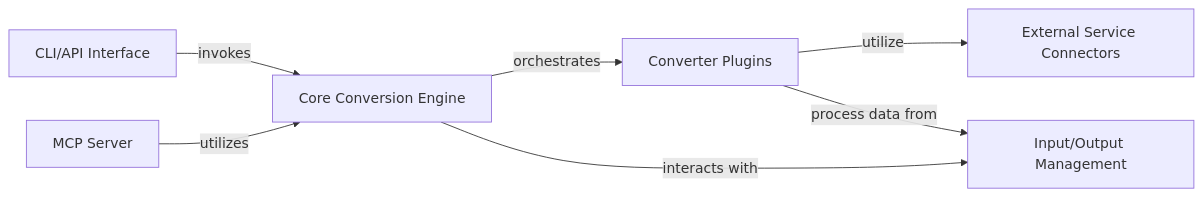
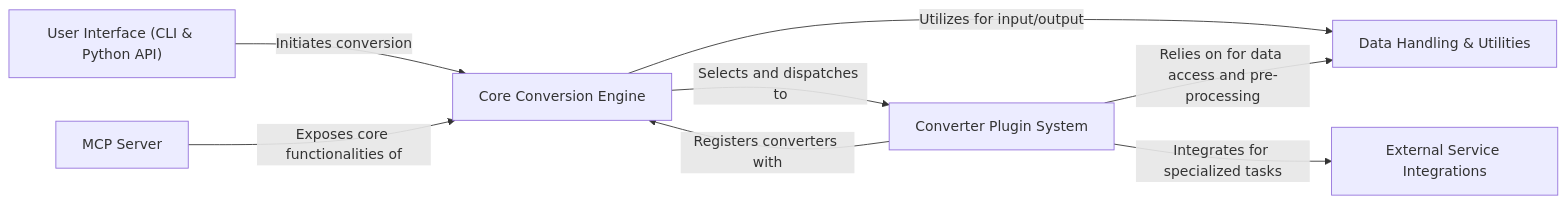
One commit to CodeBoarding/GeneratedOnBoardings changed the diagram in markitdown/on_boarding.md. Above: the diagram before and after it, drawn with Mermaid. The commit also changed other lines of this file, not shown here.

````diff
--- a/markitdown/on_boarding.md
+++ b/markitdown/on_boarding.md
@@ -1,15 +1,16 @@
 ```mermaid
 graph LR
-    CLI_API_Interface["CLI/API Interface"]
+    User_Interface_CLI_Python_API_["User Interface (CLI & Python API)"]
     Core_Conversion_Engine["Core Conversion Engine"]
-    Converter_Plugins["Converter Plugins"]
-    Input_Output_Management["Input/Output Management"]
-    External_Service_Connectors["External Service Connectors"]
+    Converter_Plugin_System["Converter Plugin System"]
+    Data_Handling_Utilities["Data Handling & Utilities"]
+    External_Service_Integrations["External Service Integrations"]
     MCP_Server["MCP Server"]
-    CLI_API_Interface -- "invokes" --> Core_Conversion_Engine
-    Core_Conversion_Engine -- "orchestrates" --> Converter_Plugins
-    Core_Conversion_Engine -- "interacts with" --> Input_Output_Management
-    Converter_Plugins -- "utilize" --> External_Service_Connectors
-    Converter_Plugins -- "process data from" --> Input_Output_Management
-    MCP_Server -- "utilizes" --> Core_Conversion_Engine
+    User_Interface_CLI_Python_API_ -- "Initiates conversion" --> Core_Conversion_Engine
+    Core_Conversion_Engine -- "Selects and dispatches to" --> Converter_Plugin_System
+    Converter_Plugin_System -- "Registers converters with" --> Core_Conversion_Engine
+    Core_Conversion_Engine -- "Utilizes for input/output" --> Data_Handling_Utilities
+    Converter_Plugin_System -- "Relies on for data access and pre-processing" --> Data_Handling_Utilities
+    Converter_Plugin_System -- "Integrates for specialized tasks" --> External_Service_Integrations
+    MCP_Server -- "Exposes core functionalities of" --> Core_Conversion_Engine
 ```
````
